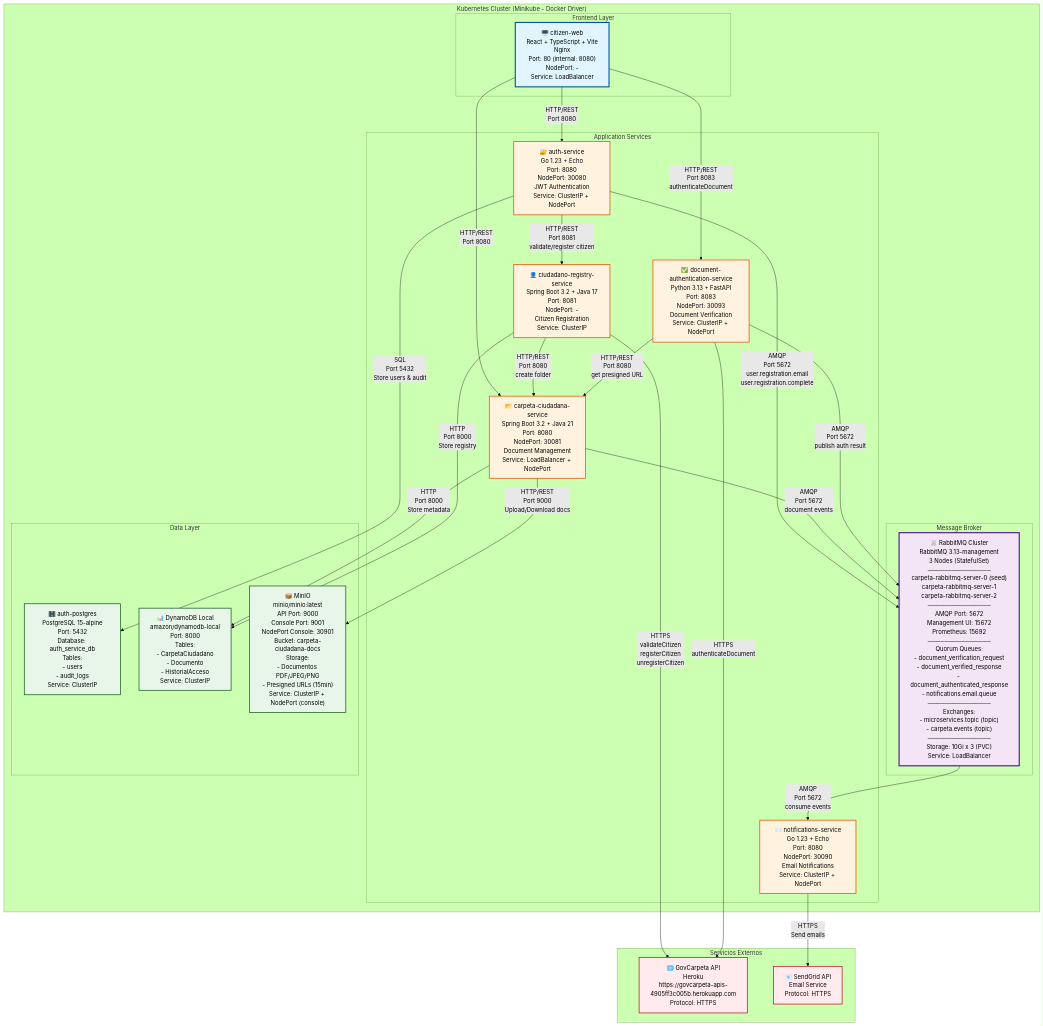
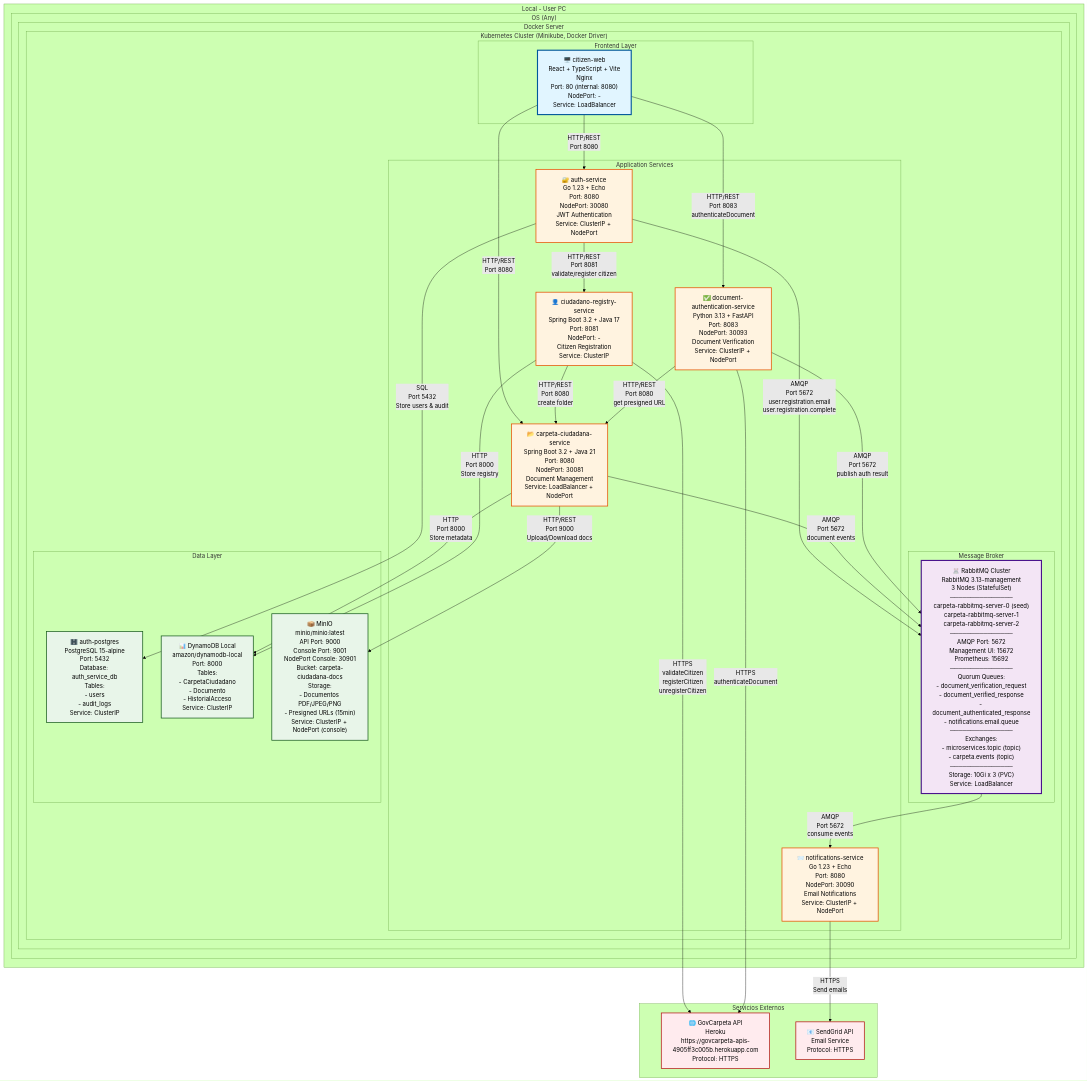
The diagram in docs/diagrama-despliegue.md (edwaraco/carpetaCiudadana), drawn with Mermaid (forest theme) before and after one commit. The commit also changed other lines of this file, not shown here.

Commit message:
Refactor deployment diagram to clarify local architecture and enhance service descriptions

```diff
--- a/docs/diagrama-despliegue.md
+++ b/docs/diagrama-despliegue.md
@@ -9,8 +9,11 @@
         SendGrid["📧 SendGrid API<br/>Email Service<br/>Protocol: HTTPS"]
     end
 
-    subgraph "Kubernetes Cluster (Minikube - Docker Driver)"
-        subgraph "Frontend Layer"
+    subgraph "Local - User PC"
+        subgraph "OS (Any)"
+            subgraph "Docker Server"
+                subgraph "Kubernetes Cluster (Minikube, Docker Driver)"
+                    subgraph "Frontend Layer"
             CitizenWeb["🖥️ citizen-web<br/>React + TypeScript + Vite<br/>Nginx<br/>Port: 80 (internal: 8080)<br/>NodePort: -<br/>Service: LoadBalancer"]
         end
 
@@ -35,7 +38,10 @@
             
             DynamoDB["📊 DynamoDB Local<br/>amazon/dynamodb-local<br/>Port: 8000<br/>Tables:<br/>- CarpetaCiudadano<br/>- Documento<br/>- HistorialAcceso<br/>Service: ClusterIP"]
             
-            MinIO["📦 MinIO<br/>minio/minio:latest<br/>API Port: 9000<br/>Console Port: 9001<br/>NodePort Console: 30901<br/>Bucket: carpeta-ciudadana-docs<br/>Storage:<br/>- Documentos PDF/JPEG/PNG<br/>- Presigned URLs (15min)<br/>Service: ClusterIP + NodePort (console)"]
+                        MinIO["📦 MinIO<br/>minio/minio:latest<br/>API Port: 9000<br/>Console Port: 9001<br/>NodePort Console: 30901<br/>Bucket: carpeta-ciudadana-docs<br/>Storage:<br/>- Documentos PDF/JPEG/PNG<br/>- Presigned URLs (15min)<br/>Service: ClusterIP + NodePort (console)"]
+                    end
+                end
+            end
         end
     end
 
```
